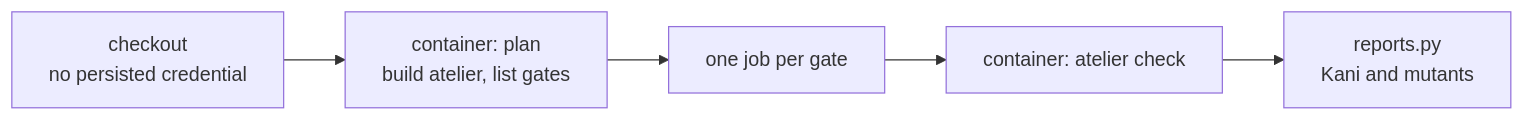
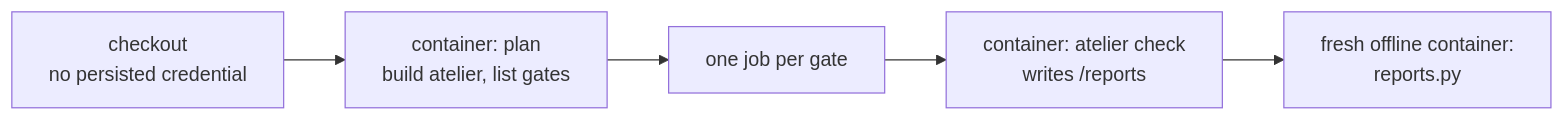
One commit to StevenJPx2/atelier changed the diagram in .github/ci/README.md. Above: the diagram before and after it, drawn with Mermaid. The commit also changed other lines of this file and 10 other files, not shown here.

First line of the commit message:
ci: judge reports in a fresh offline container and record the canary by name

````diff
--- a/.github/ci/README.md
+++ b/.github/ci/README.md
@@ -8,7 +8,7 @@
 ```mermaid
 flowchart LR
     Checkout["checkout<br/>no persisted credential"] --> Plan["container: plan<br/>build atelier, list gates"]
     Plan --> Matrix["one job per gate"]
-    Matrix --> Gate["container: atelier check"]
-    Gate --> Reports["reports.py<br/>Kani and mutants"]
+    Matrix --> Gate["container: atelier check<br/>writes /reports"]
+    Gate --> Validate["fresh offline container:<br/>reports.py"]
 ```
````
